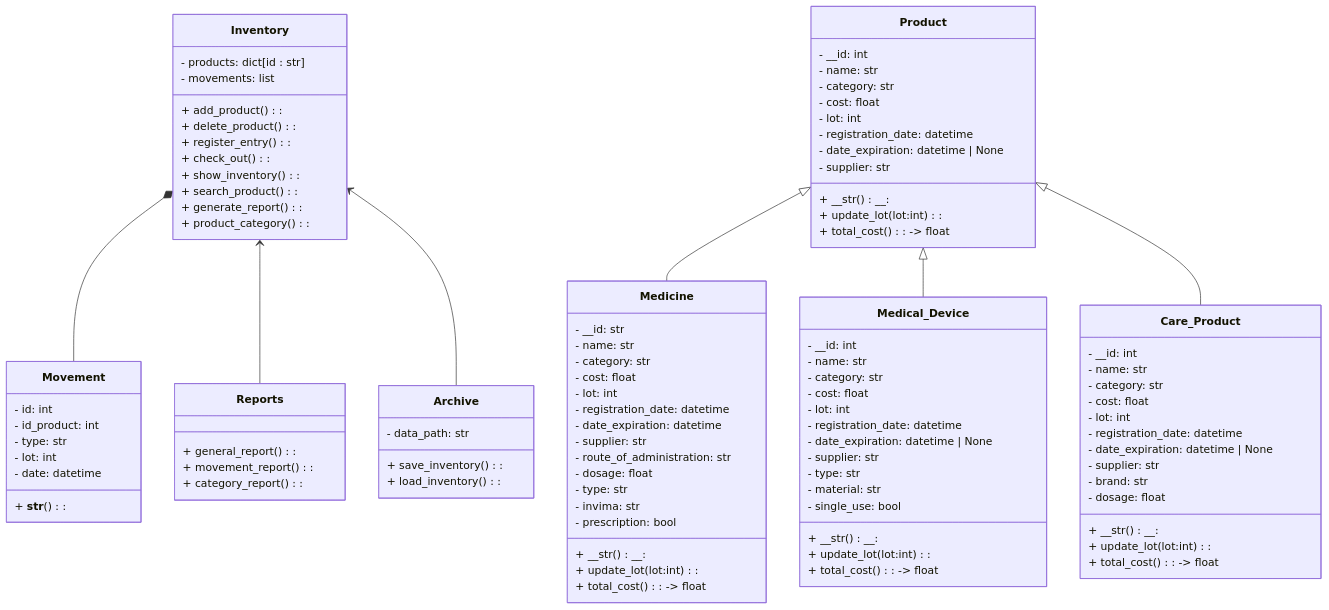
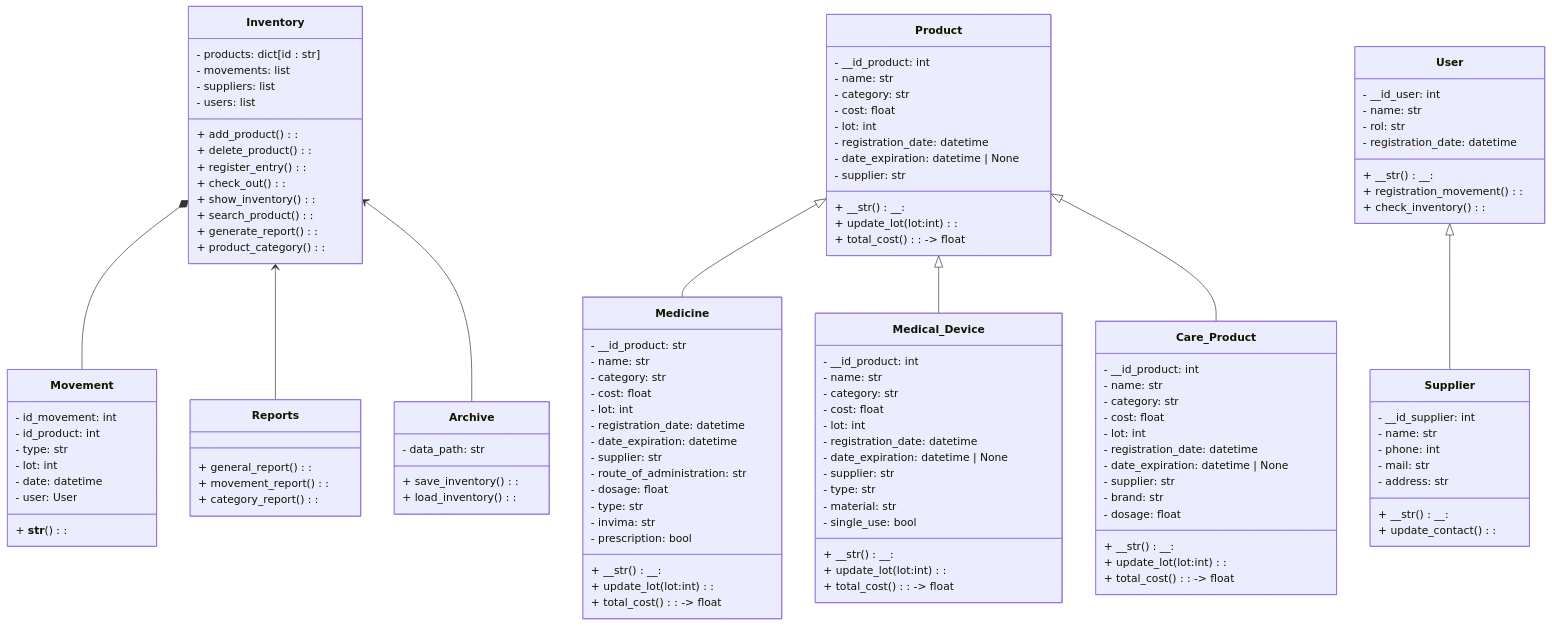
Before and after one commit to calfonsov/PROJ-POO: the diagram in README.md, drawn with Mermaid. The commit also changed other lines of this file, not shown here.

First line of the commit message:
Enhance README with project details and UML diagrams

```diff
--- a/README.md
+++ b/README.md
@@ -14,27 +57,30 @@
     class Inventory {
 	    - products: dict[id : str]
 	    - movements: list
-	    + add_product() :
-	    + delete_product() :
-	    + register_entry() :
-	    + check_out() :
-	    + show_inventory() :
-	    + search_product() :
-	    + generate_report() :
-	    + product_category() :
+		- suppliers: list
+		- users: list
+	    + add_product():
+	    + delete_product():
+	    + register_entry():
+	    + check_out():
+	    + show_inventory():
+	    + search_product():
+	    + generate_report():
+	    + product_category():
     }
 
     class Movement {
-	    - id: int
+	    - id_movement: int
 	    - id_product: int
 	    - type: str
 	    - lot: int
 	    - date: datetime
-	    + __str__() :
+		- user: User
+	    + __str__():
     }
 
     class Product {
-	    - __id: int
+	    - __id_product: int
 	    - name: str
 	    - category: str
 	    - cost: float
@@ -43,12 +89,12 @@
 	    - date_expiration: datetime | None
 	    - supplier: str
 	    + __str()__:
-	    + update_lot(lot:int) :
+	    + update_lot(lot:int):
 	    + total_cost() : -> float
     }
 
     class Medicine {
-	    - __id: str
+	    - __id_product: str
 	    - name: str
 	    - category: str
 	    - cost: float
@@ -62,12 +108,12 @@
 	    - invima: str
 	    - prescription: bool
 	    + __str()__:
-	    + update_lot(lot:int) :
+	    + update_lot(lot:int):
 	    + total_cost() : -> float
     }
 
     class Medical_Device {
-	    - __id: int
+	    - __id_product: int
 	    - name: str
 	    - category: str
 	    - cost: float
@@ -79,12 +125,12 @@
 	    - material: str
 	    - single_use: bool
 	    + __str() __:
-	    + update_lot(lot:int) :
+	    + update_lot(lot:int):
 	    + total_cost() : -> float
     }
 
     class Care_Product {
-	    - __id: int
+	    - __id_product: int
 	    - name: str
 	    - category: str
 	    - cost: float
@@ -95,25 +141,46 @@
 	    - brand: str
 	    - dosage: float
 	    + __str() __:
-	    + update_lot(lot:int) :
+	    + update_lot(lot:int):
 	    + total_cost() : -> float
     }
 
     class Archive {
 	    - data_path: str
-	    + save_inventory() :
-	    + load_inventory() :
+	    + save_inventory():
+	    + load_inventory():
     }
 
     class Reports {
-	    + general_report() :
-	    + movement_report() :
-	    + category_report() :
+	    + general_report():
+	    + movement_report():
+	    + category_report():
     }
+
+	class User {
+		- __id_user: int
+		- name: str
+		- rol: str
+		- registration_date: datetime
+		+ __str()__:
+		+ registration_movement():
+		+ check_inventory():
+	}
+
+	class Supplier {
+		- __id_supplier: int
+		- name: str
+		- phone: int
+		- mail: str
+		- address: str
+		+ __str()__:
+		+ update_contact():
+	}
 
     Product <|-- Medicine
     Product <|-- Medical_Device
     Product <|-- Care_Product
+	User <|-- Supplier
     Inventory *-- Movement
     Inventory <-- Reports
     Inventory <-- Archive
```
